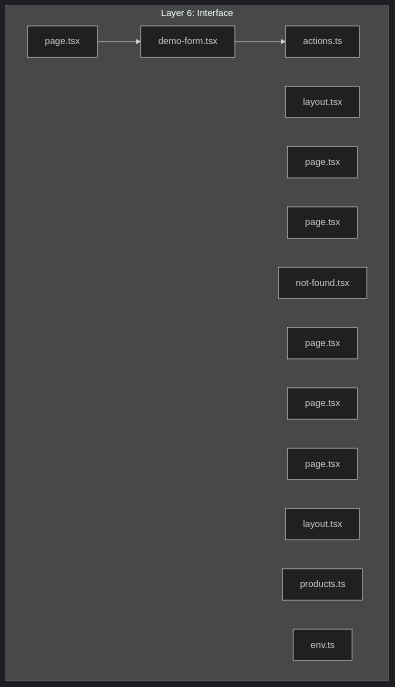
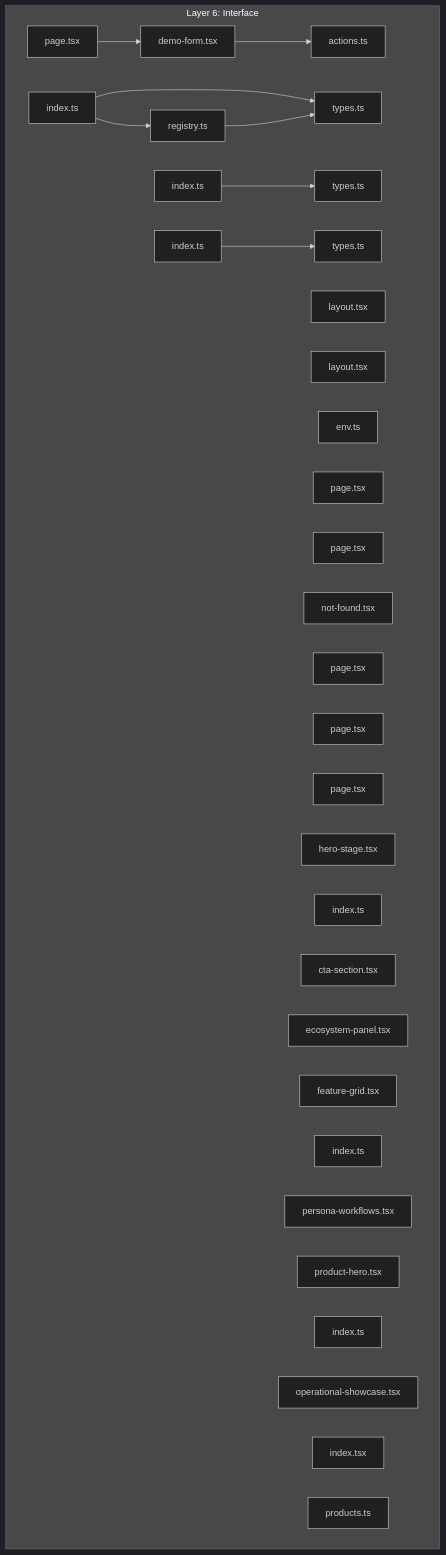
Before and after one commit to Wiltermoodj/bicycle-butler: the diagram in knowledge/architecture/visual-map.md, drawn with Mermaid (dark theme). The commit also changed 8 other files, not shown here.

````diff
--- a/knowledge/architecture/visual-map.md
+++ b/knowledge/architecture/visual-map.md
@@ -15,20 +15,43 @@
 ```mermaid
 flowchart TD
   subgraph L6 ["Layer 6: Interface"]
+    n_src_app_demo_page_tsx["page.tsx"]
+    n_src_app_layout_tsx["layout.tsx"]
+    n_src_components_layout_tsx["layout.tsx"]
+    n_src_env_ts["env.ts"]
     n_src_app_demo_actions_ts["actions.ts"]
     n_src_app_demo_demo_form_tsx["demo-form.tsx"]
-    n_src_app_demo_page_tsx["page.tsx"]
-    n_src_app_layout_tsx["layout.tsx"]
     n_src_app_page_tsx["page.tsx"]
     n_src_app_privacy_page_tsx["page.tsx"]
     n_src_app_products__slug__not_found_tsx["not-found.tsx"]
     n_src_app_products__slug__page_tsx["page.tsx"]
     n_src_app_products_page_tsx["page.tsx"]
     n_src_app_terms_page_tsx["page.tsx"]
-    n_src_components_layout_tsx["layout.tsx"]
+    n_src_components_hero_hero_stage_tsx["hero-stage.tsx"]
+    n_src_components_hero_index_ts["index.ts"]
+    n_src_components_sections_cta_section_tsx["cta-section.tsx"]
+    n_src_components_sections_ecosystem_panel_tsx["ecosystem-panel.tsx"]
+    n_src_components_sections_feature_grid_tsx["feature-grid.tsx"]
+    n_src_components_sections_index_ts["index.ts"]
+    n_src_components_sections_persona_workflows_tsx["persona-workflows.tsx"]
+    n_src_components_sections_product_hero_tsx["product-hero.tsx"]
+    n_src_components_showcase_index_ts["index.ts"]
+    n_src_components_showcase_operational_showcase_tsx["operational-showcase.tsx"]
+    n_src_components_telemetry_index_tsx["index.tsx"]
+    n_src_data_ecosystem_index_ts["index.ts"]
+    n_src_data_ecosystem_registry_ts["registry.ts"]
+    n_src_data_ecosystem_types_ts["types.ts"]
     n_src_data_products_ts["products.ts"]
-    n_src_env_ts["env.ts"]
+    n_src_data_scenes_index_ts["index.ts"]
+    n_src_data_scenes_types_ts["types.ts"]
+    n_src_data_stations_index_ts["index.ts"]
+    n_src_data_stations_types_ts["types.ts"]
   end
+  n_src_app_demo_page_tsx --> n_src_app_demo_demo_form_tsx
   n_src_app_demo_demo_form_tsx --> n_src_app_demo_actions_ts
-  n_src_app_demo_page_tsx --> n_src_app_demo_demo_form_tsx
+  n_src_data_ecosystem_index_ts --> n_src_data_ecosystem_registry_ts
+  n_src_data_ecosystem_index_ts --> n_src_data_ecosystem_types_ts
+  n_src_data_ecosystem_registry_ts --> n_src_data_ecosystem_types_ts
+  n_src_data_scenes_index_ts --> n_src_data_scenes_types_ts
+  n_src_data_stations_index_ts --> n_src_data_stations_types_ts
 ```
````
